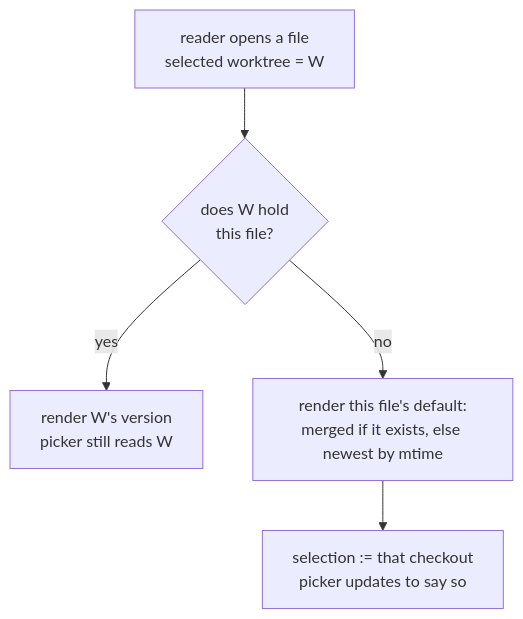
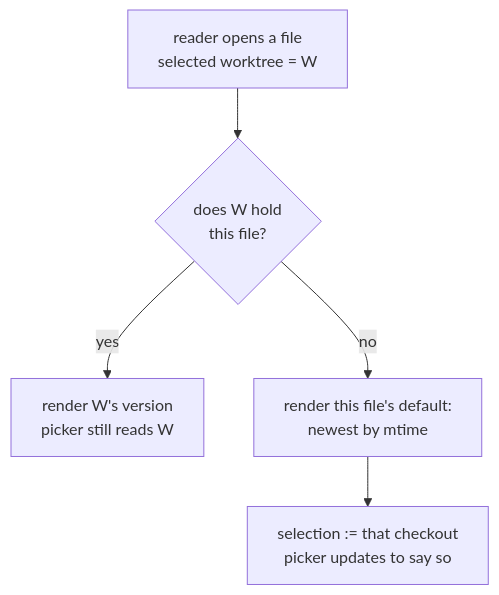
One commit to damusix/atomic-claude changed the third of 3 diagrams in docs/design/serve-plans-page.md. Above: the diagram before and after it, drawn with Mermaid. The commit also changed other lines of this file and 61 other files, not shown here.

````diff
--- a/docs/design/serve-plans-page.md
+++ b/docs/design/serve-plans-page.md
@@ -460,7 +460,7 @@
 ```mermaid
 flowchart TB
     A["reader opens a file<br/>selected worktree = W"] --> B{"does W hold<br/>this file?"}
     B -->|yes| C["render W's version<br/>picker still reads W"]
-    B -->|no| D["render this file's default:<br/>merged if it exists, else newest by mtime"]
+    B -->|no| D["render this file's default:<br/>newest by mtime"]
     D --> E["selection := that checkout<br/>picker updates to say so"]
 ```
````
